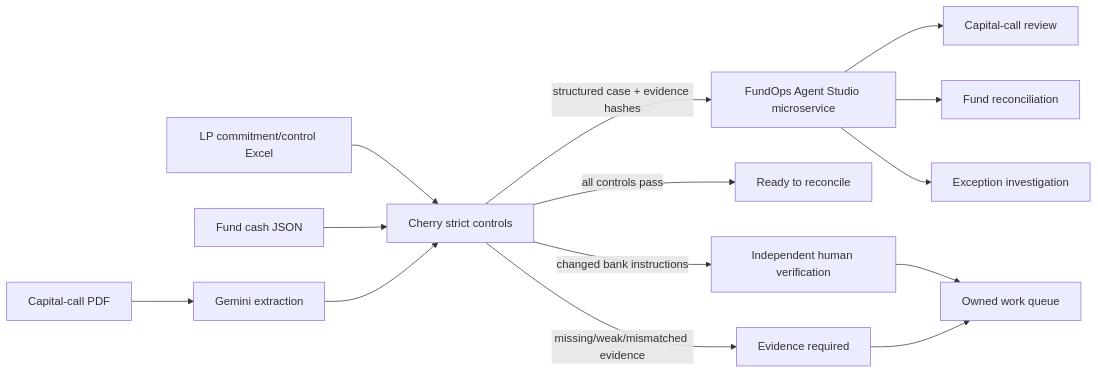
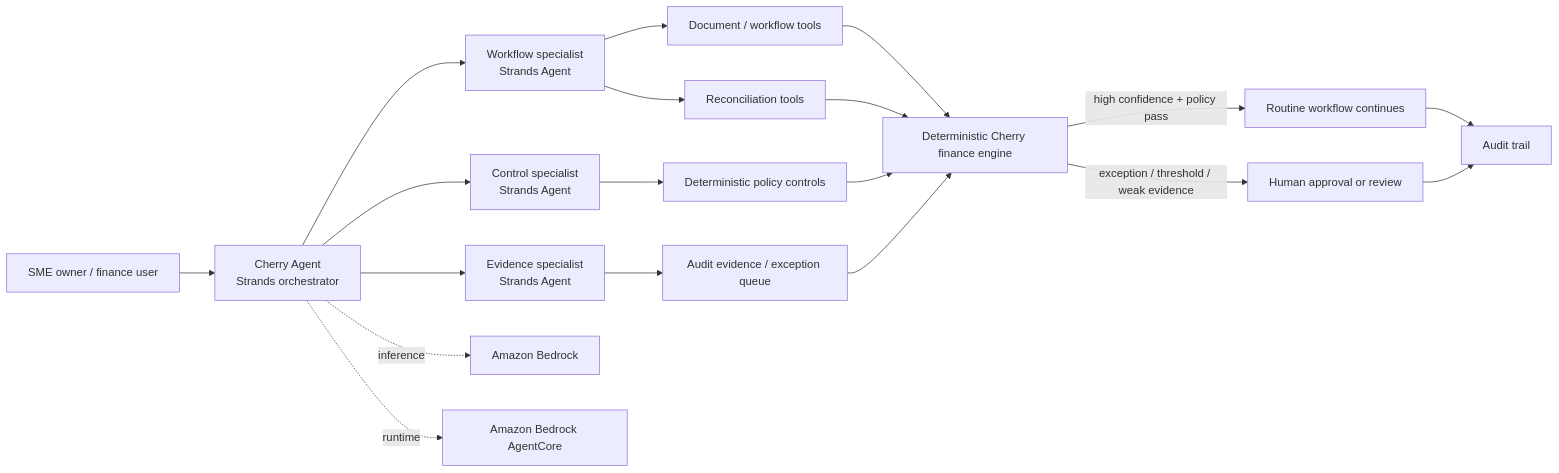
Before and after one commit to sohamtech-uk/cherry-agentic-finops: the diagram in README.md, drawn with Mermaid. The commit also changed other lines of this file, not shown here.

Commit message:
Reframe README around Strands Agents AWS hackathon build

````diff
--- a/README.md
+++ b/README.md
@@ -44,16 +47,26 @@
 ```mermaid
 flowchart LR
-  P[Capital-call PDF] --> G[Gemini extraction]
-  X[LP commitment/control Excel] --> C[Cherry strict controls]
-  J[Fund cash JSON] --> C
-  G --> C
-  C -->|structured case + evidence hashes| S[FundOps Agent Studio microservice]
-  S --> SR[Capital-call review]
-  S --> RR[Fund reconciliation]
-  S --> ER[Exception investigation]
-  C -->|all controls pass| R[Ready to reconcile]
-  C -->|changed bank instructions| H[Independent human verification]
-  C -->|missing/weak/mismatched evidence| E[Evidence required]
-  H --> W[Owned work queue]
-  E --> W
+    U[SME owner / finance user] --> O[Cherry Agent\nStrands orchestrator]
+
+    O --> W[Workflow specialist\nStrands Agent]
+    O --> C[Control specialist\nStrands Agent]
+    O --> E[Evidence specialist\nStrands Agent]
+
+    W --> T1[Document / workflow tools]
+    W --> T2[Reconciliation tools]
+    C --> T3[Deterministic policy controls]
+    E --> T4[Audit evidence / exception queue]
+
+    T1 --> D[Deterministic Cherry finance engine]
+    T2 --> D
+    T3 --> D
+    T4 --> D
+
+    D -->|high confidence + policy pass| A[Routine workflow continues]
+    D -->|exception / threshold / weak evidence| H[Human approval or review]
+    A --> R[Audit trail]
+    H --> R
+
+    O -. inference .-> B[Amazon Bedrock]
+    O -. runtime .-> AC[Amazon Bedrock AgentCore]
 ```
````
